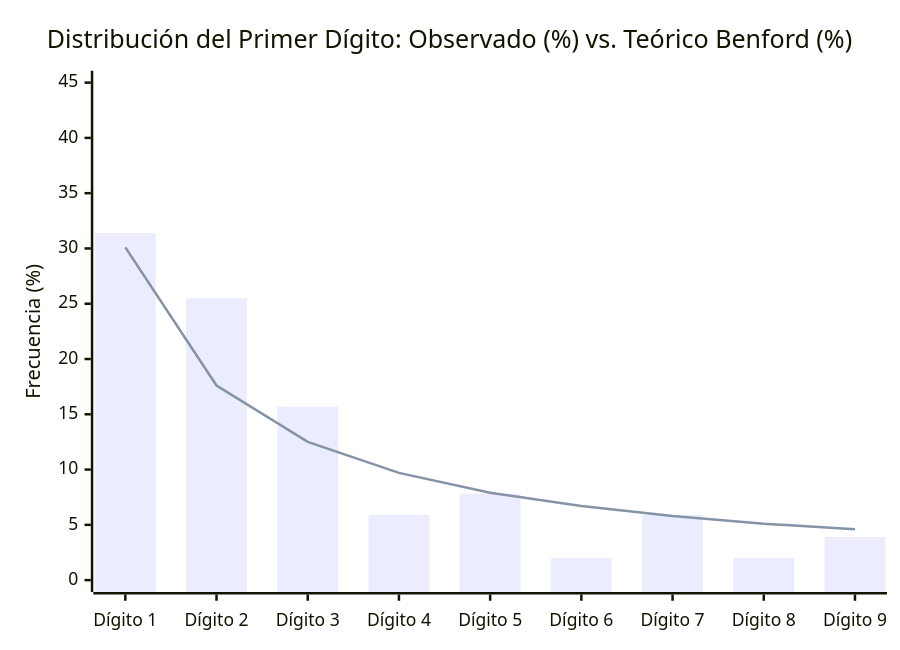
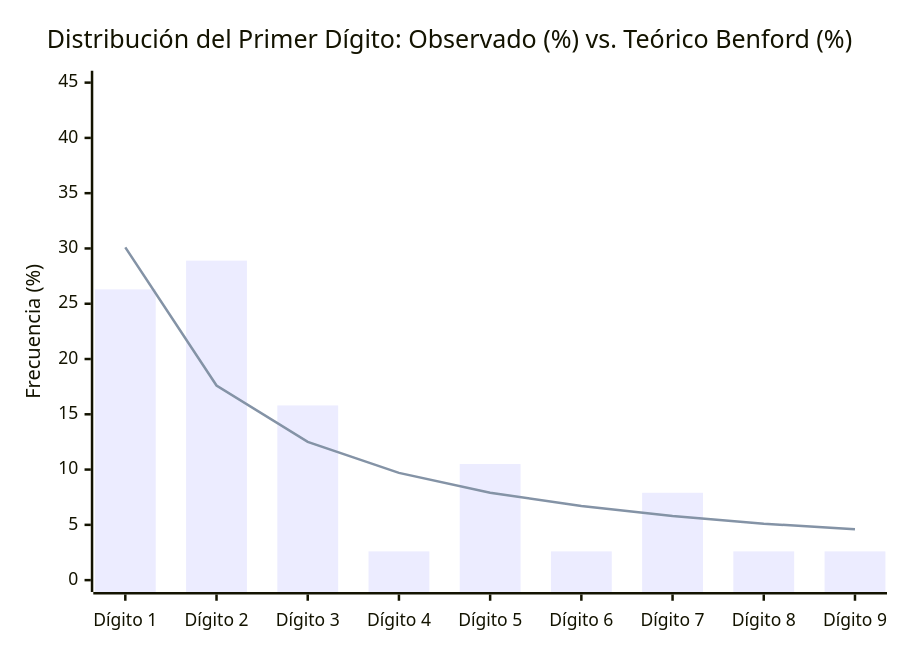
The diagram in 05_Vistas_Analiticas/Distribucion_de_Montos_Benford.md (0kamir/ftm-chile), drawn with Mermaid before and after one commit. The commit also changed other lines of this file and 30 other files, not shown here.

````diff
--- a/05_Vistas_Analiticas/Distribucion_de_Montos_Benford.md
+++ b/05_Vistas_Analiticas/Distribucion_de_Montos_Benford.md
@@ -26,8 +26,8 @@
 ```mermaid
 xychart-beta
   title "Distribución del Primer Dígito: Observado (%) vs. Teórico Benford (%)"
   x-axis ["Dígito 1", "Dígito 2", "Dígito 3", "Dígito 4", "Dígito 5", "Dígito 6", "Dígito 7", "Dígito 8", "Dígito 9"]
   y-axis "Frecuencia (%)" 0 --> 45
-  bar [31.4, 25.5, 15.7, 5.9, 7.8, 2.0, 5.9, 2.0, 3.9]
+  bar [26.3, 28.9, 15.8, 2.6, 10.5, 2.6, 7.9, 2.6, 2.6]
   line [30.1, 17.6, 12.5, 9.7, 7.9, 6.7, 5.8, 5.1, 4.6]
 ```
````
